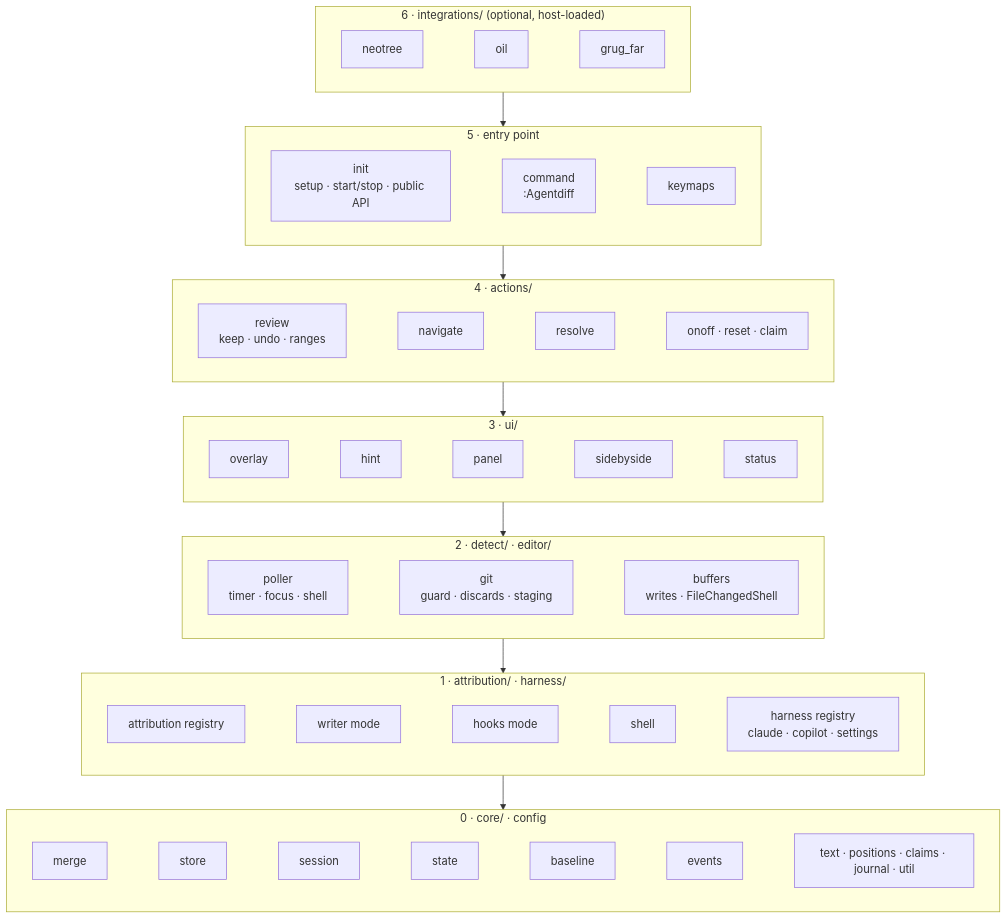
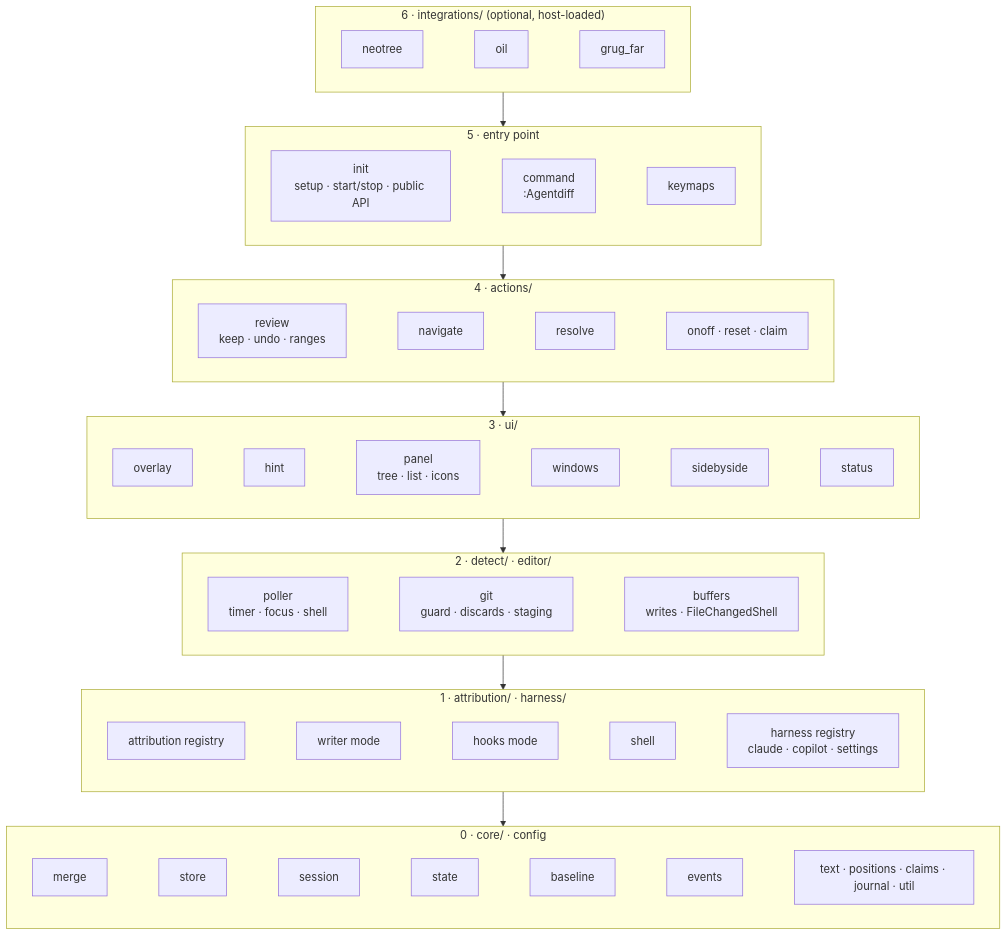
The second of 6 diagrams in docs/architecture.md (RayIci/agentdiff.nvim), drawn with Mermaid before and after one commit. The commit also changed other lines of this file and 5 other files, not shown here.

````diff
--- a/docs/architecture.md
+++ b/docs/architecture.md
@@ -52,25 +52,25 @@
 ```mermaid
 flowchart TB
     subgraph L6["6 · integrations/ (optional, host-loaded)"]
         nt["neotree"] ~~~ oil["oil"] ~~~ gf["grug_far"]
     end
     subgraph L5["5 · entry point"]
         init["init<br/>setup · start/stop · public API"] ~~~ cmd["command<br/>:Agentdiff"] ~~~ km["keymaps"]
     end
     subgraph L4["4 · actions/"]
         rev["review<br/>keep · undo · ranges"] ~~~ nav["navigate"] ~~~ res["resolve"] ~~~ oo["onoff · reset · claim"]
     end
     subgraph L3["3 · ui/"]
-        ov["overlay"] ~~~ hint["hint"] ~~~ panel["panel"] ~~~ sbs["sidebyside"] ~~~ st["status"]
+        ov["overlay"] ~~~ hint["hint"] ~~~ panel["panel<br/>tree · list · icons"] ~~~ win["windows"] ~~~ sbs["sidebyside"] ~~~ st["status"]
     end
     subgraph L2["2 · detect/ · editor/"]
         poll["poller<br/>timer · focus · shell"] ~~~ git["git<br/>guard · discards · staging"] ~~~ buf["buffers<br/>writes · FileChangedShell"]
     end
     subgraph L1["1 · attribution/ · harness/"]
         reg["attribution registry"] ~~~ wr["writer mode"] ~~~ hk["hooks mode"] ~~~ sh["shell"] ~~~ hr["harness registry<br/>claude · copilot · settings"]
     end
     subgraph L0["0 · core/ · config"]
         mg["merge"] ~~~ sto["store"] ~~~ ses["session"] ~~~ stt["state"] ~~~ bl["baseline"] ~~~ ev["events"] ~~~ more["text · positions · claims · journal · util"]
     end
     L6 --> L5 --> L4 --> L3 --> L2 --> L1 --> L0
 ```
````
